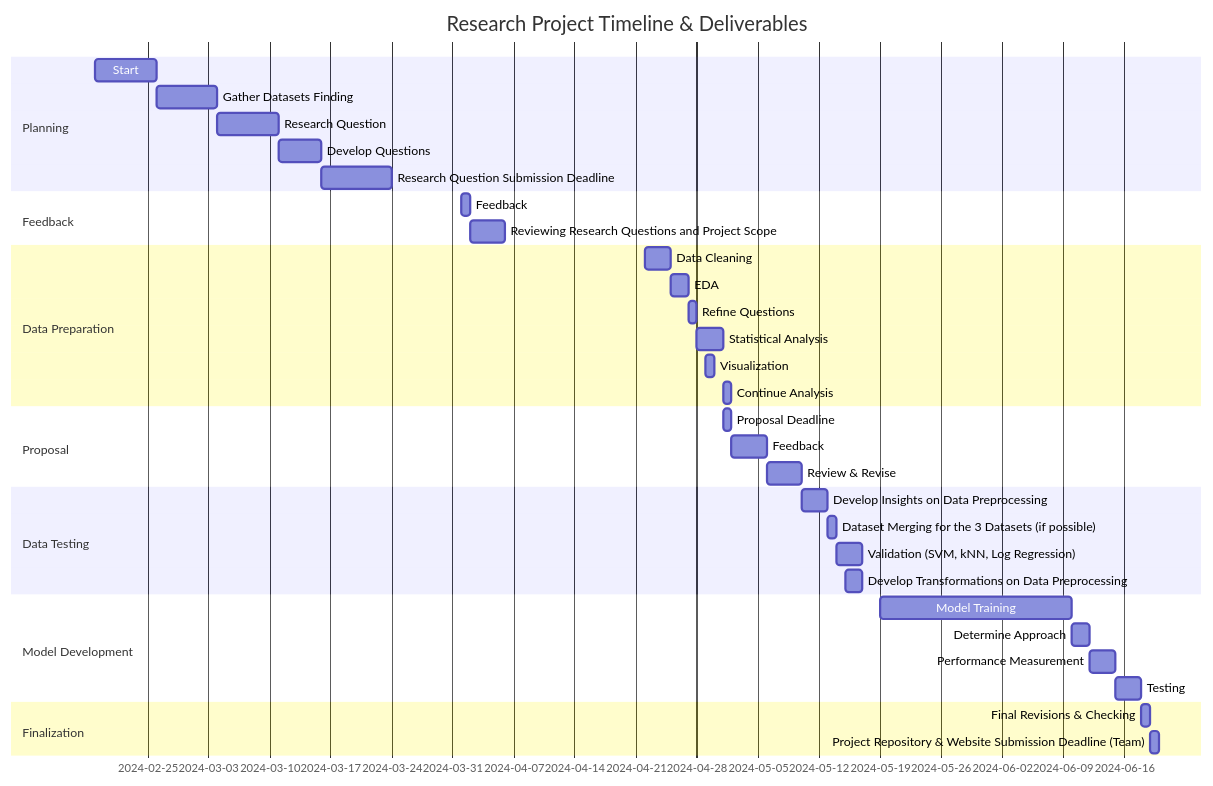
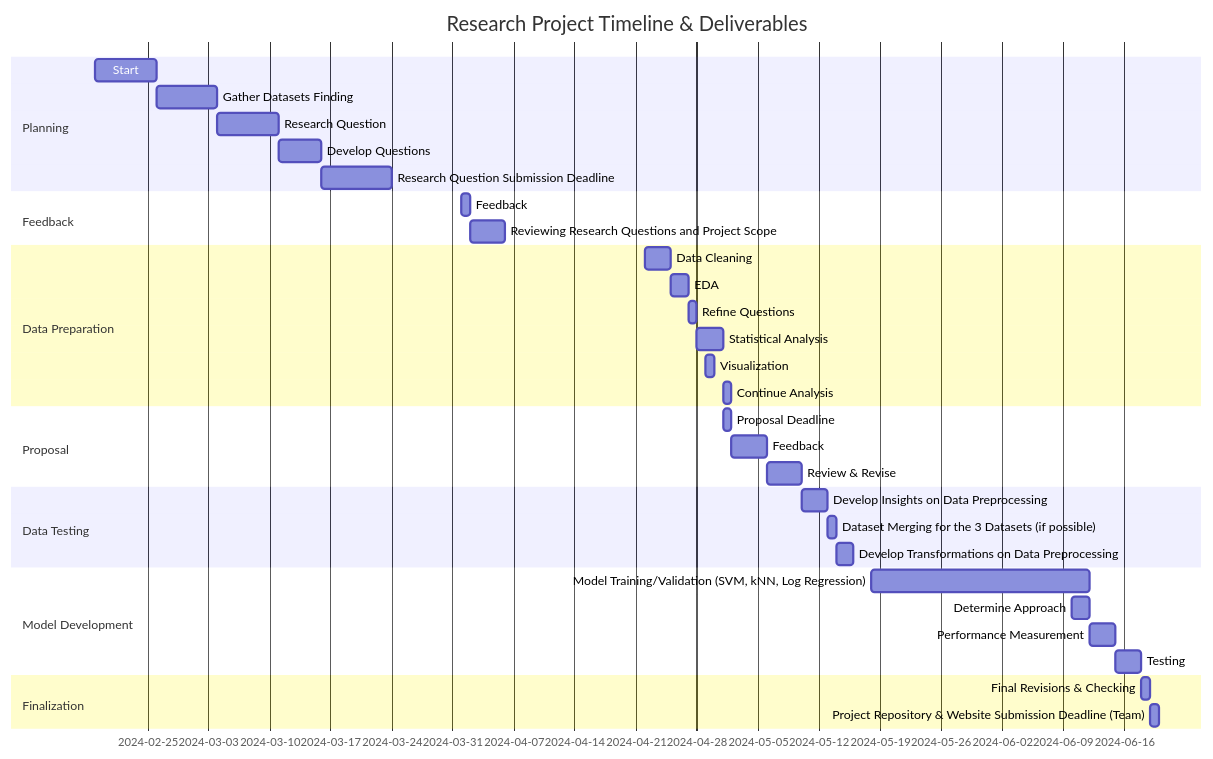
The diagram in README.md (BILGI-IE-423/ie423-2024-termproject-the-a-team), drawn with Mermaid before and after one commit.

Commit message:
Updated Timeline Dates

````diff
--- a/README.md
+++ b/README.md
@@ -93,44 +93,43 @@
 ```mermaid
 gantt
     title Research Project Timeline & Deliverables
     section Planning
     Start             :2024-02-19, 7d
     Gather Datasets Finding :2024-02-26, 7d
     Research Question :2024-03-04, 7d
     Develop Questions :2024-03-11, 5d
     Research Question Submission Deadline :2024-03-16, 8d
     
     section Feedback
     Feedback: 2024-04-01, 1d
     Reviewing Research Questions and Project Scope: 2024-04-02, 4d
 
     section Data Preparation
     Data Cleaning    :2024-04-22, 3d
     EDA              :2024-04-25, 2d
     Refine Questions:2024-04-27, 1d
     Statistical Analysis:2024-04-28, 3d
     Visualization   :2024-04-29, 1d
     Continue Analysis: 2024-05-01, 1d
 
 
     section Proposal
     Proposal Deadline:2024-05-01, 1d
     Feedback         :2024-05-02, 4d
     Review & Revise  :2024-05-06, 4d
 
     section Data Testing
     Develop Insights on Data Preprocessing  :2024-05-10, 3d
     Dataset Merging for the 3 Datasets (if possible)  :2024-05-13, 1d
-    Validation (SVM, kNN, Log Regression)       :2024-05-14, 3d
-    Develop Transformations on Data Preprocessing :2024-05-15, 2d
+    Develop Transformations on Data Preprocessing :2024-05-14, 2d
 
     section Model Development
-    Model Training   :2024-05-19, 22d
+    Model Training/Validation (SVM, kNN, Log Regression)    :2024-05-18, 25d
     Determine Approach:2024-06-10, 2d
     Performance Measurement:2024-06-12, 3d
     Testing          :2024-06-15, 3d
 
     section Finalization
     Final Revisions & Checking:2024-06-18, 1d
     Project Repository & Website Submission Deadline (Team) :2024-06-19, 1d
 ```
````
